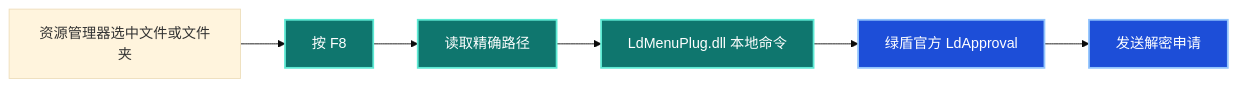
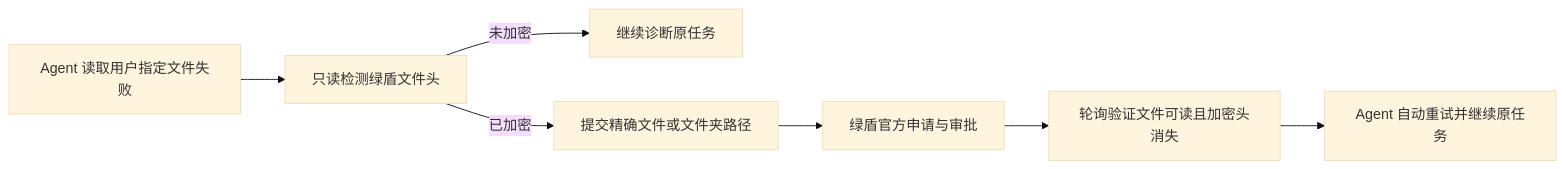
The first of 2 diagrams in README.md (jedliuai/Tipray-GreenShield-Decryption-Assistant), drawn with Mermaid (base theme) before and after one commit. The commit also changed other lines of this file and 18 other files, not shown here.

````diff
--- a/README.md
+++ b/README.md
@@ -58,13 +64,9 @@
 ```mermaid
 flowchart LR
-    A[资源管理器选中文件或文件夹] --> B[按 F8]
-    B --> C[读取精确路径]
-    C --> D[LdMenuPlug.dll 本地命令]
-    D --> E[绿盾官方 LdApproval]
-    E --> F[发送解密申请]
-
-    classDef fast fill:#0f766e,color:#fff,stroke:#5eead4,stroke-width:2px;
-    classDef official fill:#1d4ed8,color:#fff,stroke:#93c5fd,stroke-width:2px;
-    class B,C,D fast;
-    class E,F official;
+    A[Agent 读取用户指定文件失败] --> B[只读检测绿盾文件头]
+    B -->|未加密| C[继续诊断原任务]
+    B -->|已加密| D[提交精确文件或文件夹路径]
+    D --> E[绿盾官方申请与审批]
+    E --> F[轮询验证文件可读且加密头消失]
+    F --> G[Agent 自动重试并继续原任务]
 ```
````
